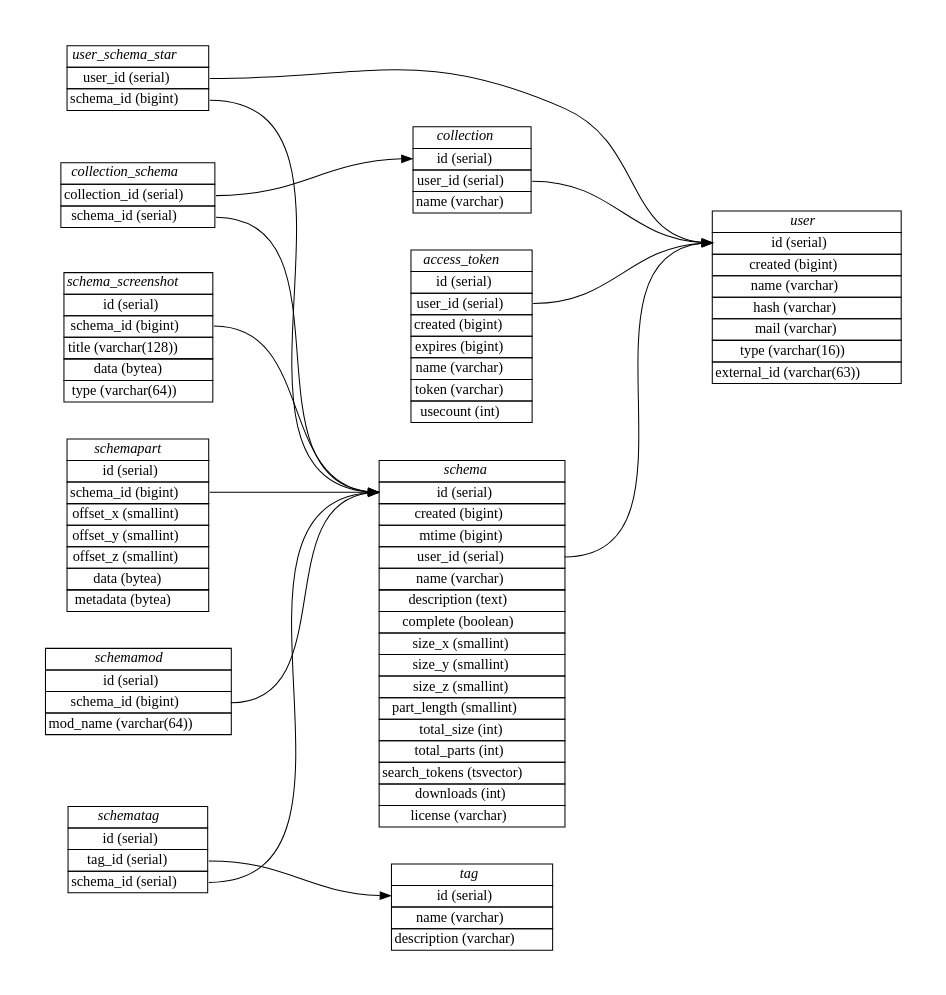
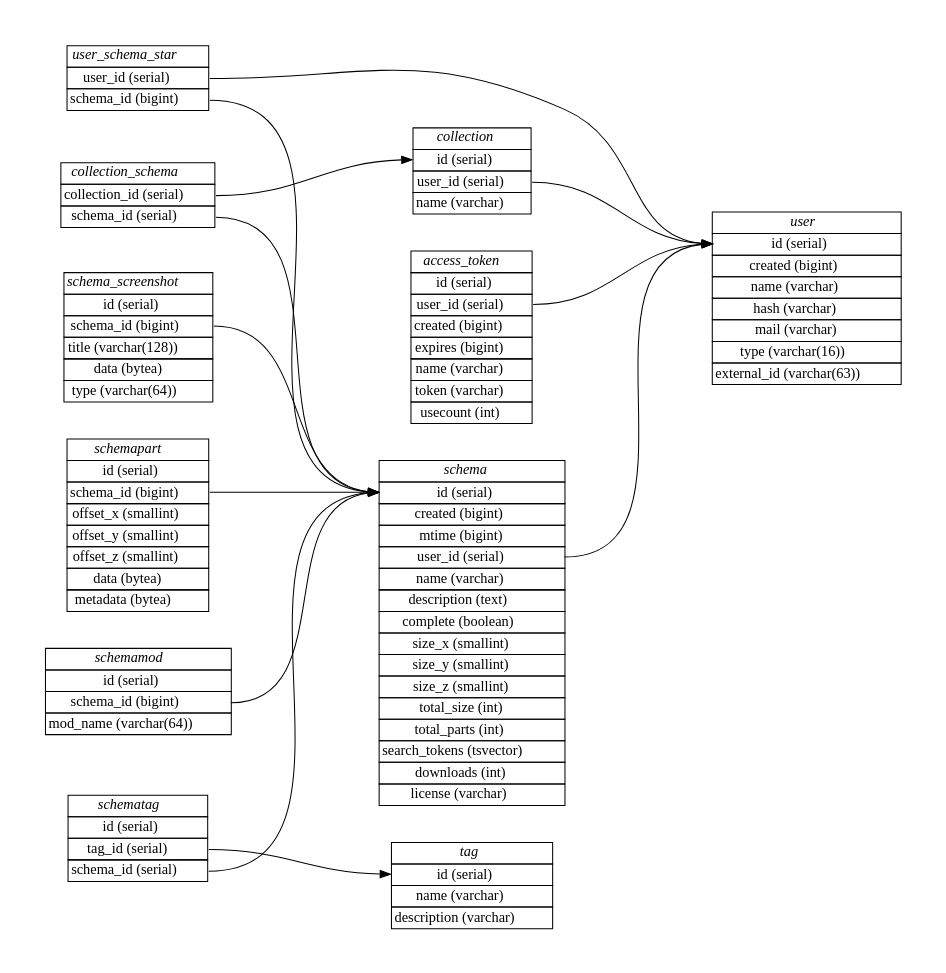
The diagram in doc/database.dot (blockexchange/blockexchange_server), drawn with Graphviz before and after one commit. The commit also changed 10 other files, not shown here.

Commit message:
schema table cleanup

```diff
--- a/doc/database.dot
+++ b/doc/database.dot
@@ -1,132 +1,131 @@
 digraph {
 	graph [pad="0.5", nodesep="0.5", ranksep="2"];
 	node [shape=plain]
 	rankdir=LR;
 
 	user [label=<
 	<table border="0" cellborder="1" cellspacing="0">
 		<tr><td><i>user</i></td></tr>
 		<tr><td port="1">id (serial)</td></tr>
 		<tr><td port="2">created (bigint)</td></tr>
 		<tr><td port="3">name (varchar)</td></tr>
 		<tr><td port="4">hash (varchar)</td></tr>
 		<tr><td port="5">mail (varchar)</td></tr>
 		<tr><td port="5b">type (varchar(16))</td></tr>
 		<tr><td port="5c">external_id (varchar(63))</td></tr>
 	</table>>];
 
 	access_token [label=<
 	<table border="0" cellborder="1" cellspacing="0">
 		<tr><td><i>access_token</i></td></tr>
 		<tr><td port="40">id (serial)</td></tr>
 		<tr><td port="41">user_id (serial)</td></tr>
 		<tr><td port="42">created (bigint)</td></tr>
 		<tr><td port="43">expires (bigint)</td></tr>
 		<tr><td port="44">name (varchar)</td></tr>
 		<tr><td port="45">token (varchar)</td></tr>
 		<tr><td port="46">usecount (int)</td></tr>
 	</table>>];
 
 
 	schema [label=<
 	<table border="0" cellborder="1" cellspacing="0">
 		<tr><td><i>schema</i></td></tr>
 		<tr><td port="6">id (serial)</td></tr>
 		<tr><td port="7">created (bigint)</td></tr>
 		<tr><td port="7a">mtime (bigint)</td></tr>
 		<tr><td port="8">user_id (serial)</td></tr>
 		<tr><td port="9">name (varchar)</td></tr>
 		<tr><td port="10">description (text)</td></tr>
 		<tr><td port="11">complete (boolean)</td></tr>
 		<tr><td port="12">size_x (smallint)</td></tr>
 		<tr><td port="13">size_y (smallint)</td></tr>
 		<tr><td port="14">size_z (smallint)</td></tr>
-		<tr><td port="15">part_length (smallint)</td></tr>
 		<tr><td port="16">total_size (int)</td></tr>
 		<tr><td port="17">total_parts (int)</td></tr>
 		<tr><td port="18">search_tokens (tsvector)</td></tr>
 		<tr><td port="19">downloads (int)</td></tr>
 		<tr><td port="20">license (varchar)</td></tr>
 	</table>>];
 
 	schemapart [label=<
 	<table border="0" cellborder="1" cellspacing="0">
 	  <tr><td><i>schemapart</i></td></tr>
 	  <tr><td port="22">id (serial)</td></tr>
 	  <tr><td port="23">schema_id (bigint)</td></tr>
 	  <tr><td port="24">offset_x (smallint)</td></tr>
 	  <tr><td port="25">offset_y (smallint)</td></tr>
 	  <tr><td port="26">offset_z (smallint)</td></tr>
 	  <tr><td port="27">data (bytea)</td></tr>
 	  <tr><td port="28">metadata (bytea)</td></tr>
 	</table>>];
 
 	schemamod [label=<
 	<table border="0" cellborder="1" cellspacing="0">
 	  <tr><td><i>schemamod</i></td></tr>
 	  <tr><td port="29">id (serial)</td></tr>
 	  <tr><td port="30">schema_id (bigint)</td></tr>
 	  <tr><td port="31">mod_name (varchar(64))</td></tr>
 	</table>>];
 
 	user_schema_star [label=<
 	<table border="0" cellborder="1" cellspacing="0">
 	  <tr><td><i>user_schema_star</i></td></tr>
 	  <tr><td port="33">user_id (serial)</td></tr>
 	  <tr><td port="34">schema_id (bigint)</td></tr>
 	</table>>];
 
 	schema_screenshot [label=<
 	<table border="0" cellborder="1" cellspacing="0">
 	  <tr><td><i>schema_screenshot</i></td></tr>
 	  <tr><td port="35">id (serial)</td></tr>
 	  <tr><td port="36">schema_id (bigint)</td></tr>
 	  <tr><td port="37">title (varchar(128))</td></tr>
 	  <tr><td port="38">data (bytea)</td></tr>
 	  <tr><td port="39">type (varchar(64))</td></tr>
 	</table>>];
 
 	collection [label=<
 	<table border="0" cellborder="1" cellspacing="0">
 	  <tr><td><i>collection</i></td></tr>
 		<tr><td port="50">id (serial)</td></tr>
 	  <tr><td port="51">user_id (serial)</td></tr>
 		<tr><td port="52">name (varchar)</td></tr>
 	</table>>];
 
 	collection_schema [label=<
 		<table border="0" cellborder="1" cellspacing="0">
 		<tr><td><i>collection_schema</i></td></tr>
 		<tr><td port="61">collection_id (serial)</td></tr>
 		<tr><td port="62">schema_id (serial)</td></tr>
 	</table>>];
 
 	tag [label=<
 	<table border="0" cellborder="1" cellspacing="0">
 		<tr><td><i>tag</i></td></tr>
 		<tr><td port="70">id (serial)</td></tr>
 		<tr><td port="71">name (varchar)</td></tr>
 		<tr><td port="72">description (varchar)</td></tr>
 	</table>>];
 
 	schematag [label=<
 	<table border="0" cellborder="1" cellspacing="0">
 		<tr><td><i>schematag</i></td></tr>
 		<tr><td port="80">id (serial)</td></tr>
 		<tr><td port="81">tag_id (serial)</td></tr>
 		<tr><td port="82">schema_id (serial)</td></tr>
 	</table>>];
 
 	schematag:81 -> tag:70;
 	schematag:82 -> schema:6;
 	collection_schema:62 -> schema:6;
 	collection_schema:61 -> collection:50;
 	collection:51 -> user:1;
 	schema:8 -> user:1;
 	access_token:41 -> user:1
 	schemapart:23 -> schema:6;
 	schemamod:30 -> schema:6;
 	user_schema_star:33 -> user:1;
 	user_schema_star:34 -> schema:6;
 	schema_screenshot:36 -> schema:6;
 }
```
